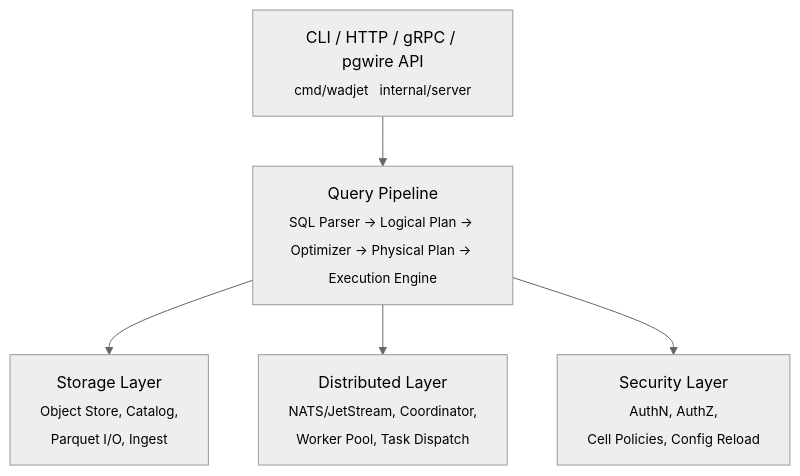
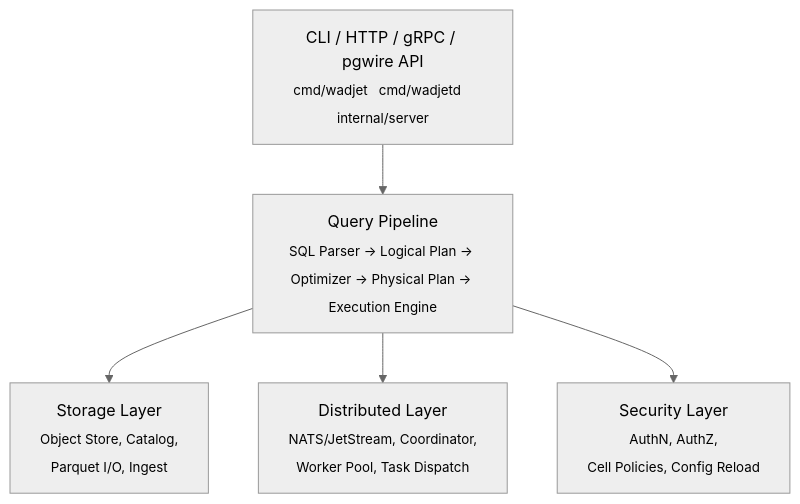
Before and after one commit to derekmwright/wadjet: the first of 3 diagrams in docs/architecture.md, drawn with Mermaid (neutral theme). The commit also changed other lines of this file and 46 other files, not shown here.

````diff
--- a/docs/architecture.md
+++ b/docs/architecture.md
@@ -42,13 +42,13 @@
 ```mermaid
 graph TD
-    API["CLI / HTTP / gRPC / pgwire API<br/><sub>cmd/wadjet &nbsp; internal/server</sub>"]
+    API["CLI / HTTP / gRPC / pgwire API<br/><sub>cmd/wadjet &nbsp; cmd/wadjetd &nbsp; internal/server</sub>"]
     QP["Query Pipeline<br/><sub>SQL Parser → Logical Plan → Optimizer → Physical Plan → Execution Engine</sub>"]
     ST["Storage Layer<br/><sub>Object Store, Catalog,<br/>Parquet I/O, Ingest</sub>"]
     DL["Distributed Layer<br/><sub>NATS/JetStream, Coordinator,<br/>Worker Pool, Task Dispatch</sub>"]
     SL["Security Layer<br/><sub>AuthN, AuthZ,<br/>Cell Policies, Config Reload</sub>"]
 
     API --> QP
     QP --> ST
     QP --> DL
     QP --> SL
 ```
````
